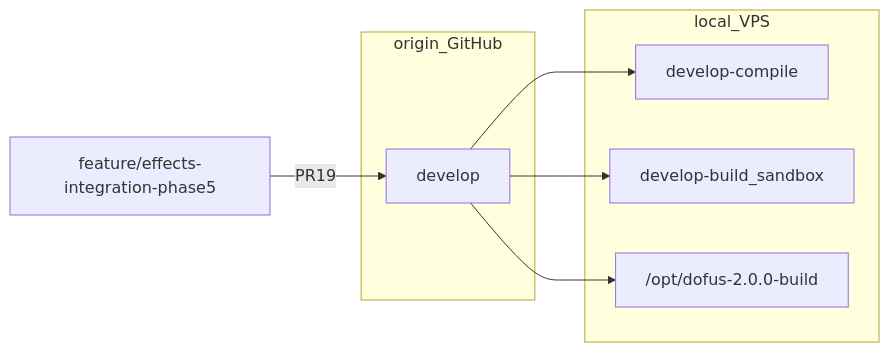
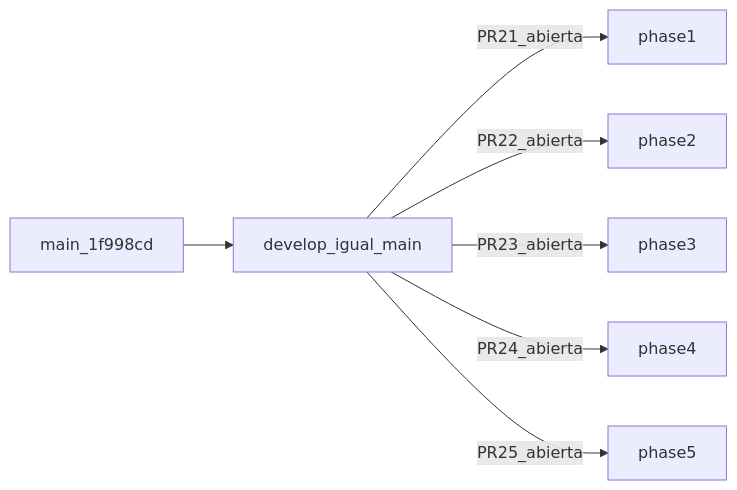
One commit to dagemov/DofusLegacy2.3.7 changed the diagram in docs/effects-integration-phase5/README.md. Above: the diagram before and after it, drawn with Mermaid. The commit also changed other lines of this file and 2 other files, not shown here.

Commit message:
docs: post-reset develop desde main - PRs 21-25 abiertas sin merge

````diff
--- a/docs/effects-integration-phase5/README.md
+++ b/docs/effects-integration-phase5/README.md
@@ -35,16 +43,11 @@
 ```mermaid
 flowchart LR
-  subgraph origin [origin_GitHub]
-    DEV[develop]
-  end
-  subgraph local [local_VPS]
-    COMPILE[develop-compile]
-    BUILD[develop-build_sandbox]
-    VPS["/opt/dofus-2.0.0-build"]
-  end
-  F5[feature/effects-integration-phase5]
-  F5 -->|PR19| DEV
-  DEV --> COMPILE
-  DEV --> BUILD
-  DEV --> VPS
+  main[main_1f998cd]
+  develop[develop_igual_main]
+  main --> develop
+  develop -->|PR21_abierta| f1[phase1]
+  develop -->|PR22_abierta| f2[phase2]
+  develop -->|PR23_abierta| f3[phase3]
+  develop -->|PR24_abierta| f4[phase4]
+  develop -->|PR25_abierta| f5[phase5]
 ```
````
